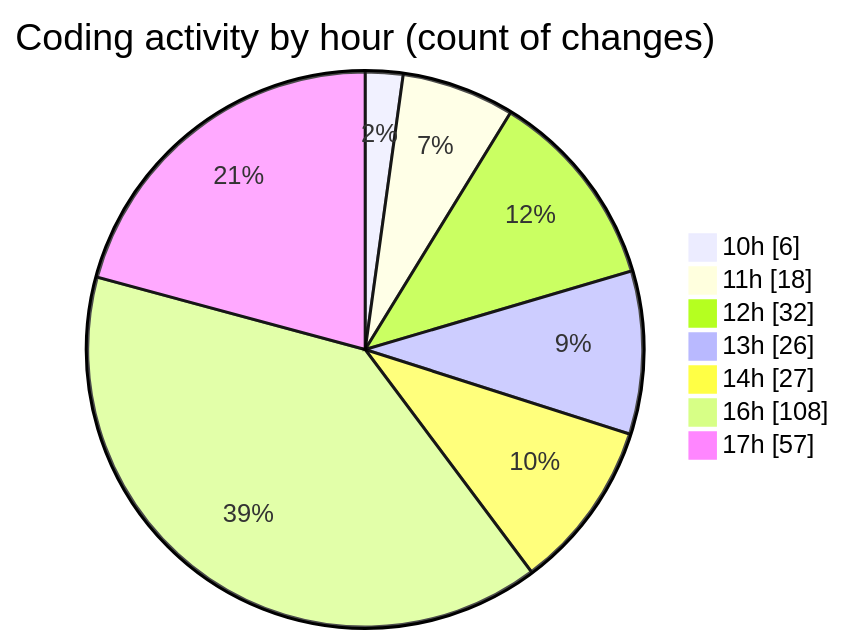
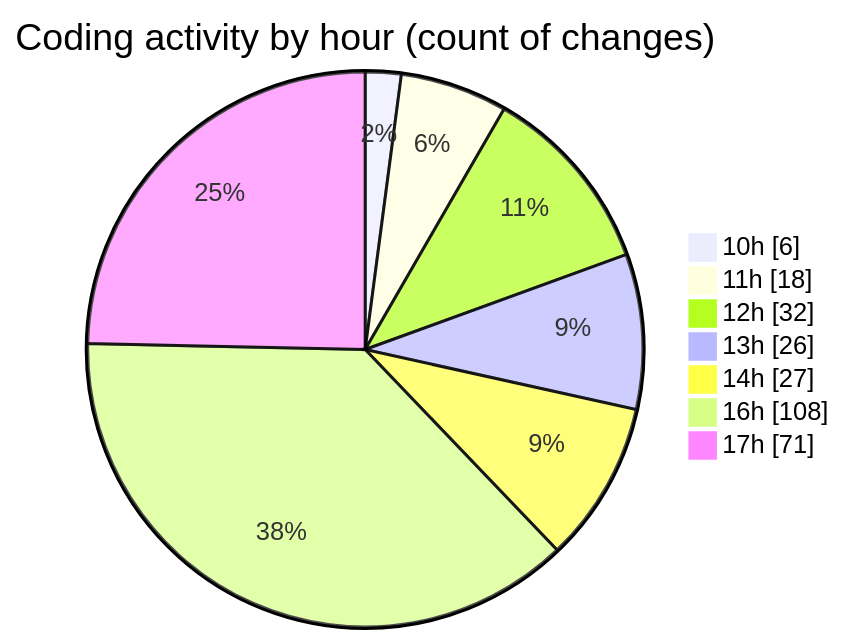
The second of 2 diagrams in 2026-09-03/cda/README.md (momahboobian/code-tracking), drawn with Mermaid before and after one commit. The commit also changed other lines of this file and 1 other file, not shown here.

````diff
--- a/2026-09-03/cda/README.md
+++ b/2026-09-03/cda/README.md
@@ -99,11 +99,11 @@
 ```mermaid
 pie showData
 title Coding activity by hour (count of changes)
 "10h" : 6
 "11h" : 18
 "12h" : 32
 "13h" : 26
 "14h" : 27
 "16h" : 108
-"17h" : 57
+"17h" : 71
 ```
````
